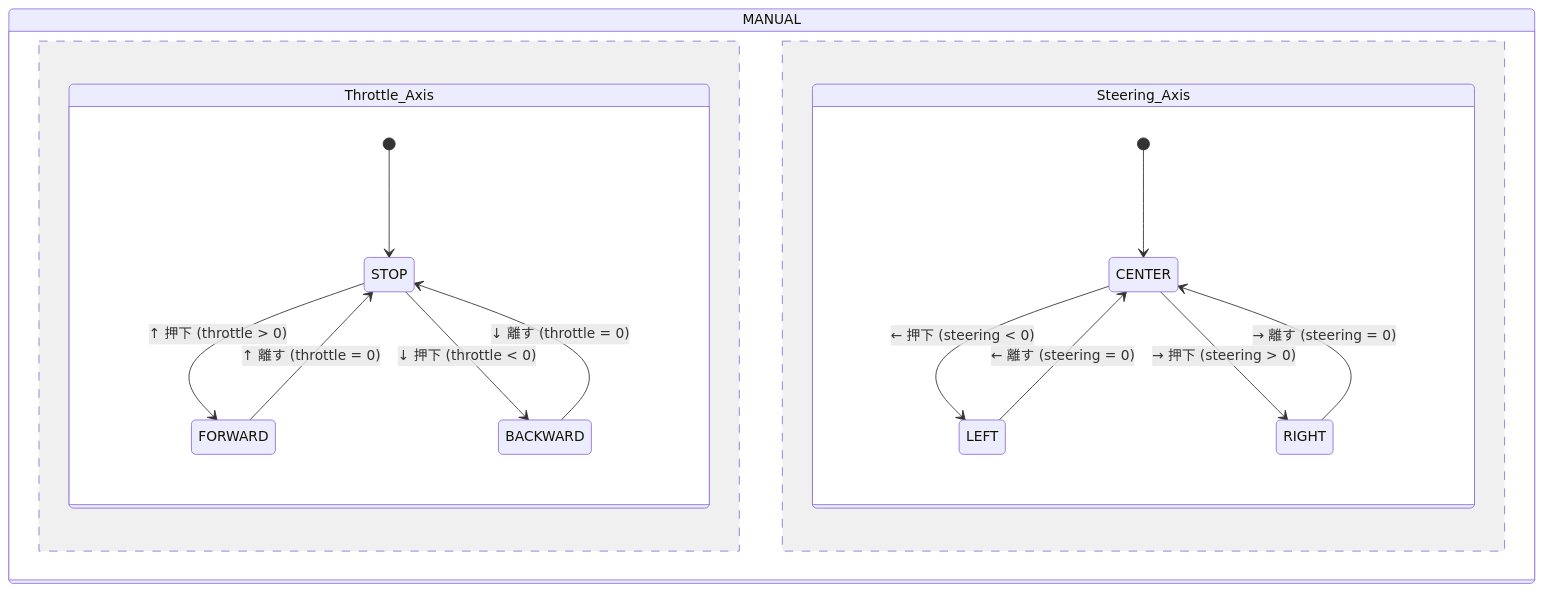
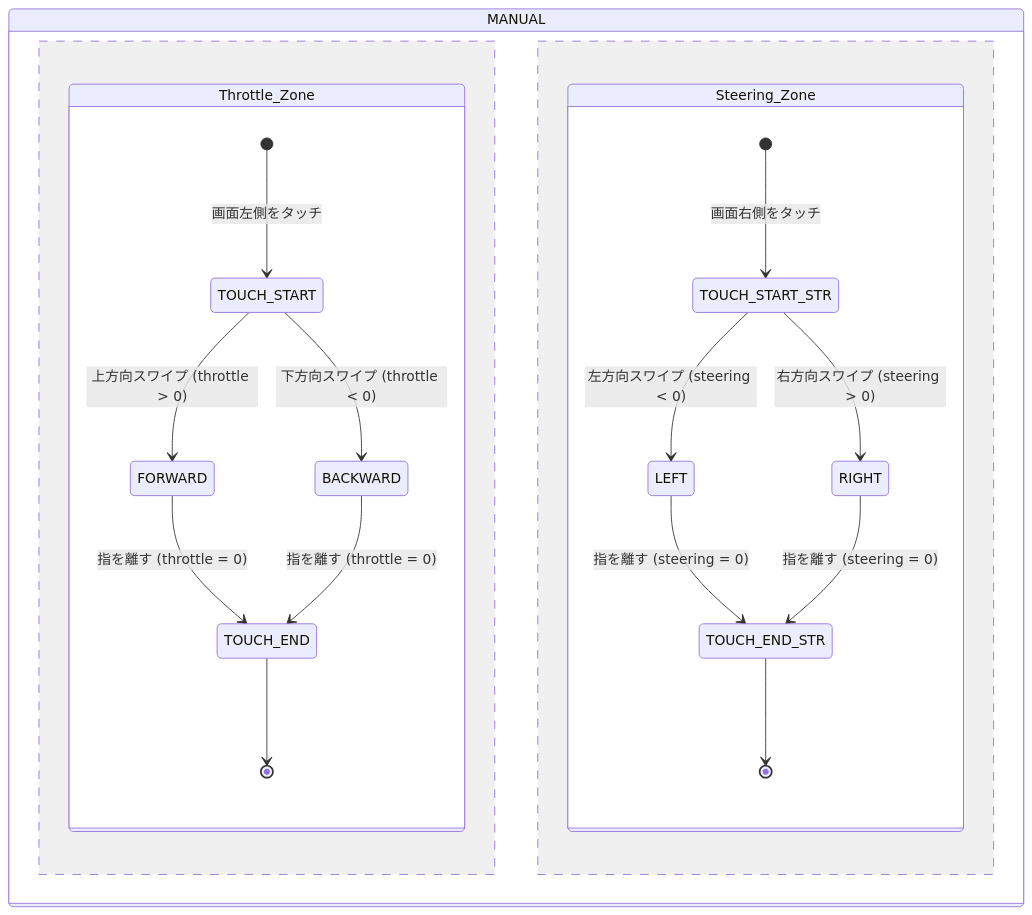
The third of 3 diagrams in docs/ui-spec.md (tut-cc/mini-4wd-webapp), drawn with Mermaid before and after one commit. The commit also changed other lines of this file and 5 other files, not shown here.

````diff
--- a/docs/ui-spec.md
+++ b/docs/ui-spec.md
@@ -101,20 +108,22 @@
 ```mermaid
 stateDiagram-v2
     state MANUAL {
-        state Throttle_Axis {
-            [*] --> STOP
-            STOP --> FORWARD: ↑ 押下 (throttle > 0)
-            STOP --> BACKWARD: ↓ 押下 (throttle < 0)
-            FORWARD --> STOP: ↑ 離す (throttle = 0)
-            BACKWARD --> STOP: ↓ 離す (throttle = 0)
+        state Throttle_Zone {
+            [*] --> TOUCH_START: 画面左側をタッチ
+            TOUCH_START --> FORWARD: 上方向スワイプ (throttle > 0)
+            TOUCH_START --> BACKWARD: 下方向スワイプ (throttle < 0)
+            FORWARD --> TOUCH_END: 指を離す (throttle = 0)
+            BACKWARD --> TOUCH_END: 指を離す (throttle = 0)
+            TOUCH_END --> [*]
         }
         --
-        state Steering_Axis {
-            [*] --> CENTER
-            CENTER --> LEFT: ← 押下 (steering < 0)
-            CENTER --> RIGHT: → 押下 (steering > 0)
-            LEFT --> CENTER: ← 離す (steering = 0)
-            RIGHT --> CENTER: → 離す (steering = 0)
+        state Steering_Zone {
+            [*] --> TOUCH_START_STR: 画面右側をタッチ
+            TOUCH_START_STR --> LEFT: 左方向スワイプ (steering < 0)
+            TOUCH_START_STR --> RIGHT: 右方向スワイプ (steering > 0)
+            LEFT --> TOUCH_END_STR: 指を離す (steering = 0)
+            RIGHT --> TOUCH_END_STR: 指を離す (steering = 0)
+            TOUCH_END_STR --> [*]
         }
     }
 ```
````
